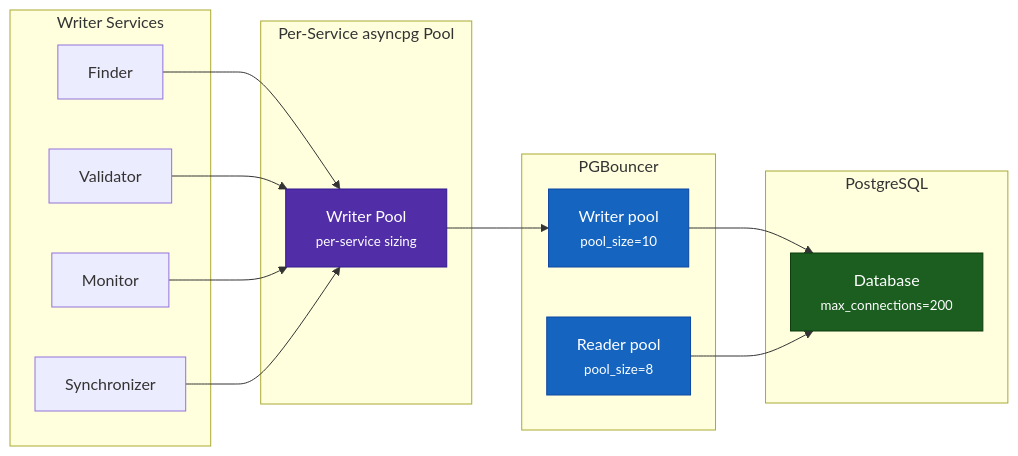
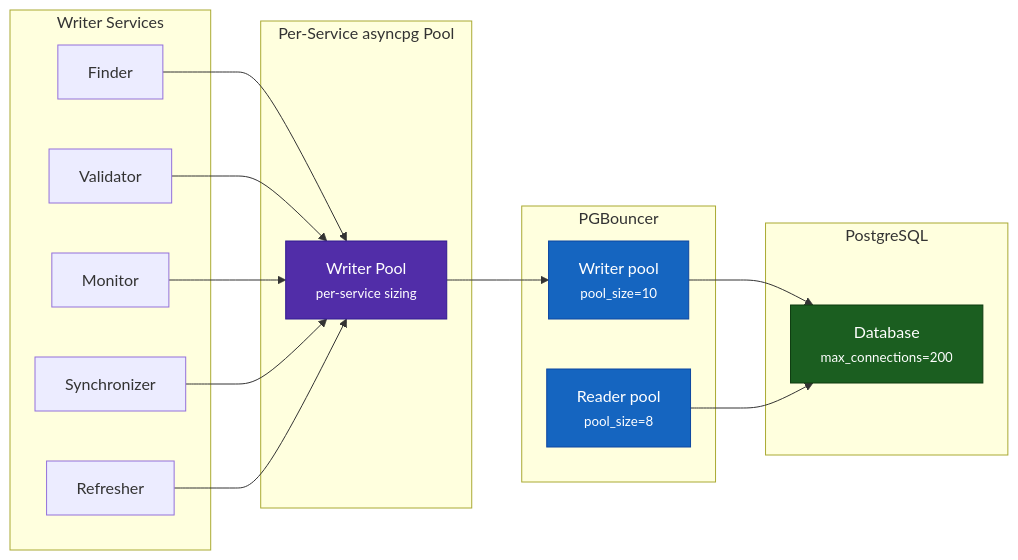
Before and after one commit to BigBrotr/bigbrotr: the sixth of 7 diagrams in docs/user-guide/architecture.md, drawn with Mermaid. The commit also changed other lines of this file and 36 other files, not shown here.

First line of the commit message:
docs: correct architecture terminology and fix documentation (#312)

````diff
--- a/docs/user-guide/architecture.md
+++ b/docs/user-guide/architecture.md
@@ -536,35 +537,37 @@
 ```mermaid
 flowchart LR
     subgraph "Writer Services"
         F["Finder"]
         V["Validator"]
         MO["Monitor"]
         SY["Synchronizer"]
+        RE["Refresher"]
     end
 
     subgraph "Per-Service asyncpg Pool"
         APW["Writer Pool<br/><small>per-service sizing</small>"]
     end
 
     subgraph PGBouncer
         PBW["Writer pool<br/><small>pool_size=10</small>"]
         PBR["Reader pool<br/><small>pool_size=8</small>"]
     end
 
     subgraph PostgreSQL
         PG["Database<br/><small>max_connections=200</small>"]
     end
 
     F --> APW
     V --> APW
     MO --> APW
     SY --> APW
+    RE --> APW
     APW --> PBW
     PBW --> PG
     PBR --> PG
 
     style APW fill:#512DA8,color:#fff,stroke:#311B92
     style PBW fill:#1565C0,color:#fff,stroke:#0D47A1
     style PBR fill:#1565C0,color:#fff,stroke:#0D47A1
     style PG fill:#1B5E20,color:#fff,stroke:#0D3B0F
 ```
````
